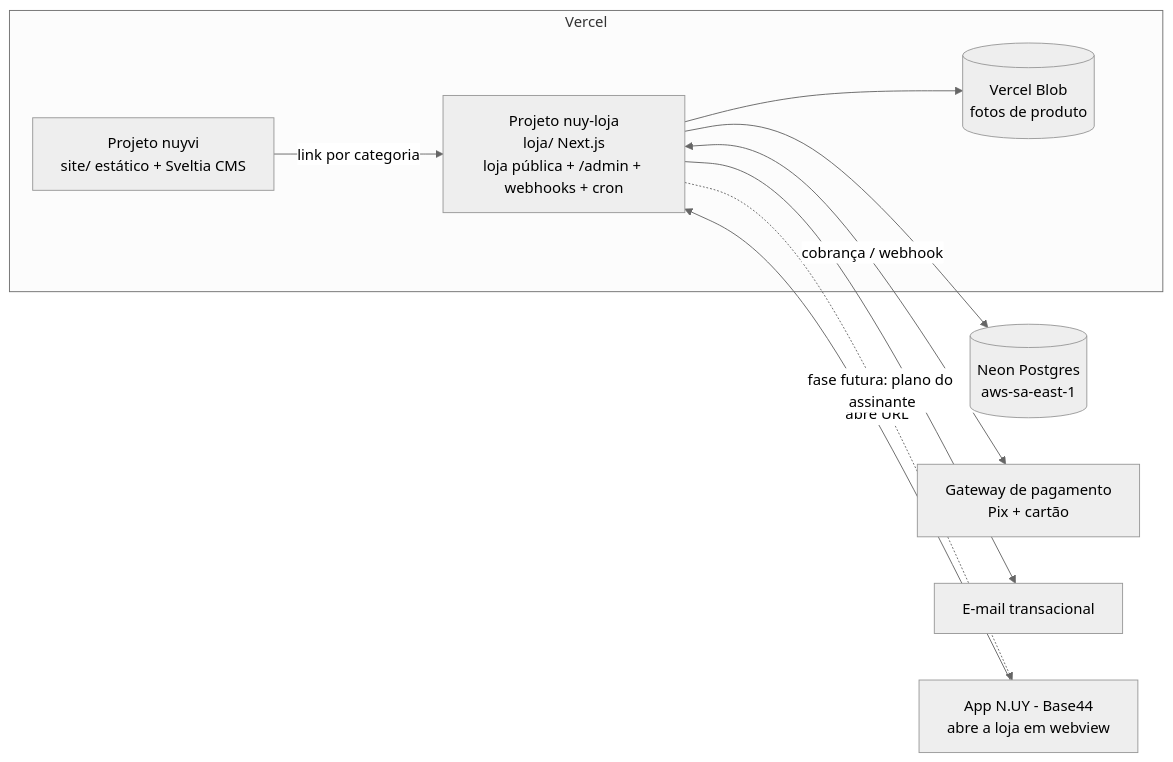
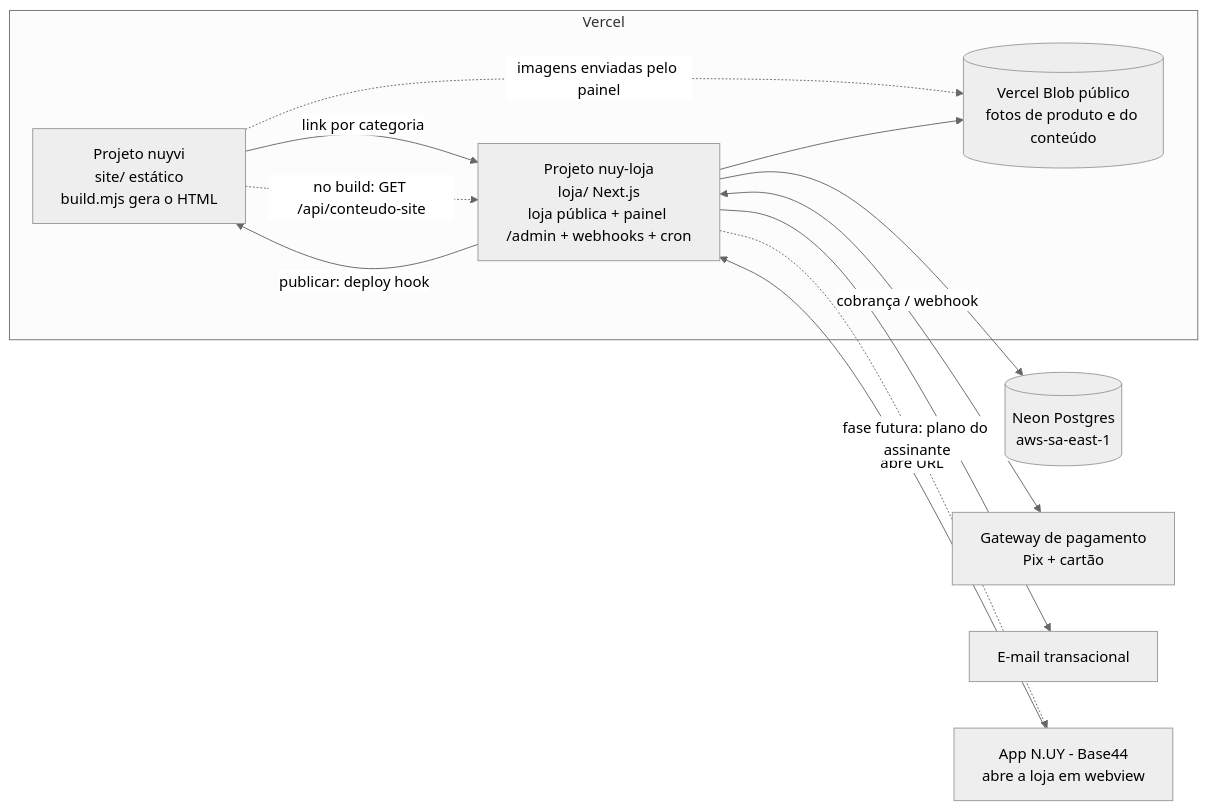
Before and after one commit to igordimarine-sys/nuyvi: the first of 3 diagrams in docs/tecnico/arquitetura.md, drawn with Mermaid (neutral theme). The commit also changed other lines of this file and 7 other files, not shown here.

First line of the commit message:
Loja: painel único (ADR-0005, D-04) e conteúdo do site no banco (ADR-0006)

````diff
--- a/docs/tecnico/arquitetura.md
+++ b/docs/tecnico/arquitetura.md
@@ -7,19 +7,22 @@
 ```mermaid
 flowchart LR
   subgraph Vercel
-    S[Projeto nuyvi<br/>site/ estático + Sveltia CMS]
-    L[Projeto nuy-loja<br/>loja/ Next.js<br/>loja pública + /admin + webhooks + cron]
-    B[(Vercel Blob<br/>fotos de produto)]
+    S[Projeto nuyvi<br/>site/ estático<br/>build.mjs gera o HTML]
+    L[Projeto nuy-loja<br/>loja/ Next.js<br/>loja pública + painel /admin + webhooks + cron]
+    B[(Vercel Blob público<br/>fotos de produto e do conteúdo)]
   end
   N[(Neon Postgres<br/>aws-sa-east-1)]
   G[Gateway de pagamento<br/>Pix + cartão]
   E[E-mail transacional]
   APP[App N.UY - Base44<br/>abre a loja em webview]
   S -- link por categoria --> L
+  L -- publicar: deploy hook --> S
+  S -. no build: GET /api/conteudo-site .-> L
+  S -. imagens enviadas pelo painel .-> B
   APP -- abre URL --> L
   L --> N
   L --> B
   L <-- cobrança / webhook --> G
   L --> E
   L -. fase futura: plano do assinante .-> APP
 ```
````
